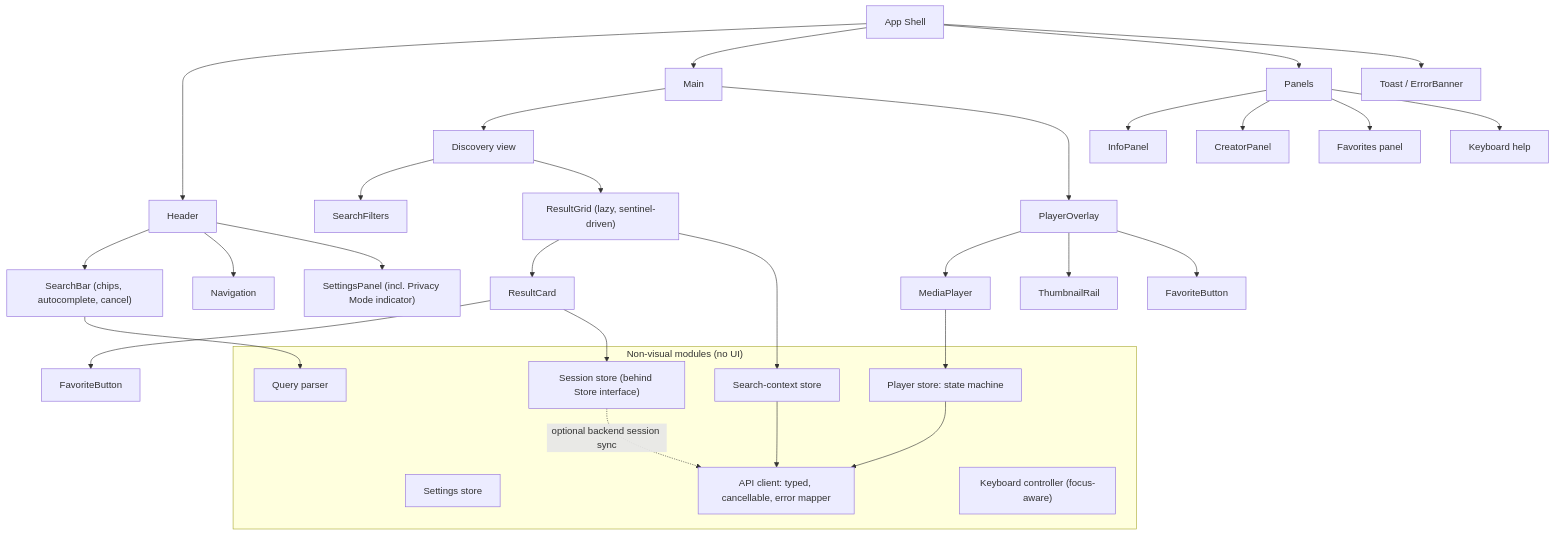
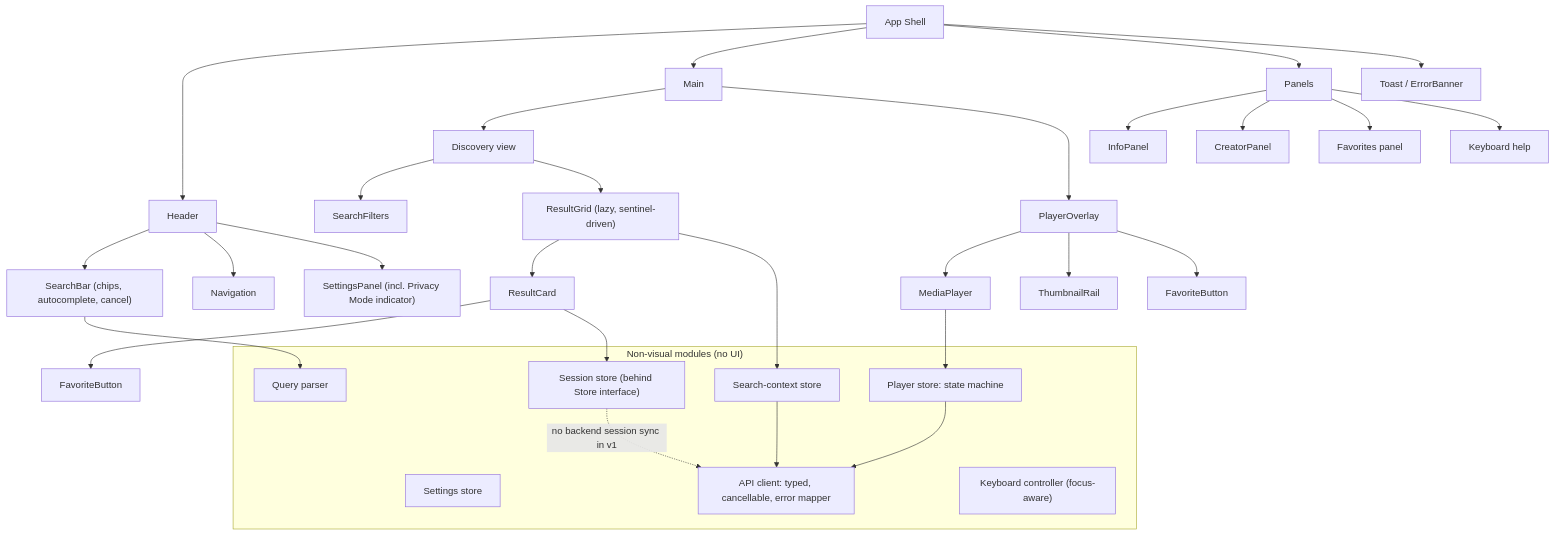
Before and after one commit to PPJ-69/red-webapp: the fifth of 9 diagrams in ARCHITECTURE.md, drawn with Mermaid. The commit also changed other lines of this file and 41 other files, not shown here.

````diff
--- a/ARCHITECTURE.md
+++ b/ARCHITECTURE.md
@@ -184,45 +184,45 @@
 ```mermaid
 flowchart TD
   APP["App Shell"]
   APP --> HDR["Header"]
   APP --> MAIN["Main"]
   APP --> PNL["Panels"]
   APP --> TOAST["Toast / ErrorBanner"]
 
   HDR --> SB["SearchBar (chips, autocomplete, cancel)"]
   HDR --> NAV["Navigation"]
   HDR --> SET["SettingsPanel (incl. Privacy Mode indicator)"]
 
   MAIN --> DISC["Discovery view"]
   MAIN --> PO["PlayerOverlay"]
   DISC --> SF["SearchFilters"]
   DISC --> GRID["ResultGrid (lazy, sentinel-driven)"]
   GRID --> CARD["ResultCard"]
   CARD --> FAV1["FavoriteButton"]
   PO --> MP["MediaPlayer"]
   PO --> TR["ThumbnailRail"]
   PO --> FAV2["FavoriteButton"]
 
   PNL --> INFO["InfoPanel"]
   PNL --> CRP["CreatorPanel"]
   PNL --> FVP["Favorites panel"]
   PNL --> KH["Keyboard help"]
 
   subgraph NonVisual["Non-visual modules (no UI)"]
     ST1["Search-context store"]
     ST2["Player store: state machine"]
     ST3["Session store (behind Store interface)"]
     ST4["Settings store"]
     API1["API client: typed, cancellable, error mapper"]
     KB["Keyboard controller (focus-aware)"]
     PAR["Query parser"]
   end
 
   SB --> PAR
   GRID --> ST1
   MP --> ST2
   CARD --> ST3
   ST1 --> API1
   ST2 --> API1
-  ST3 -.->|"optional backend session sync"| API1
+  ST3 -.->|"no backend session sync in v1"| API1
 ```
````
